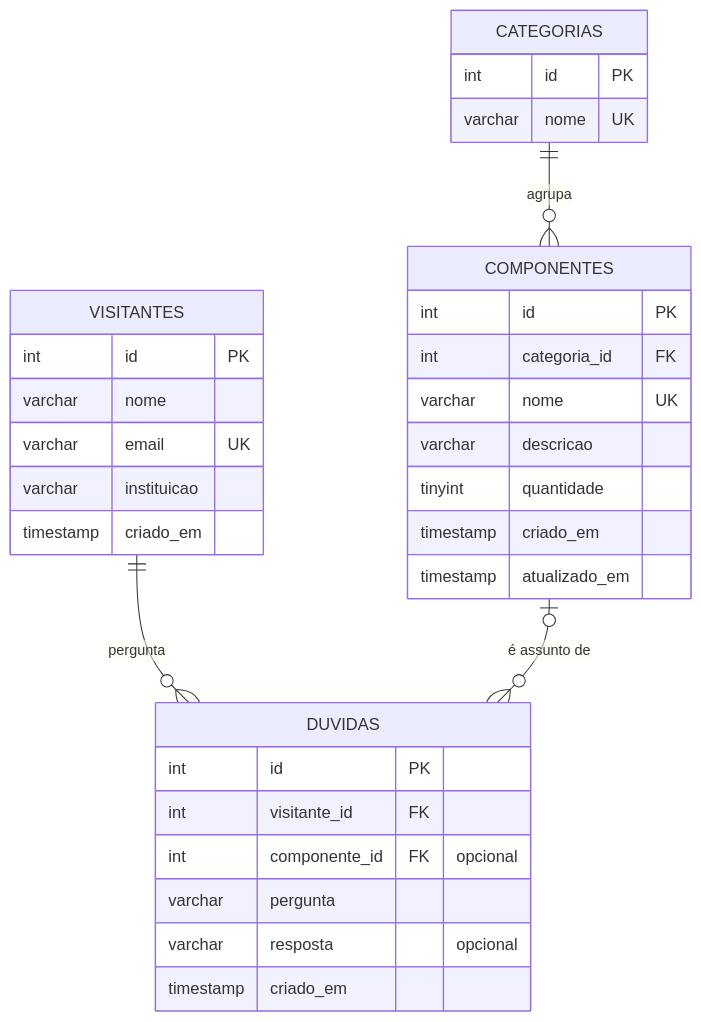
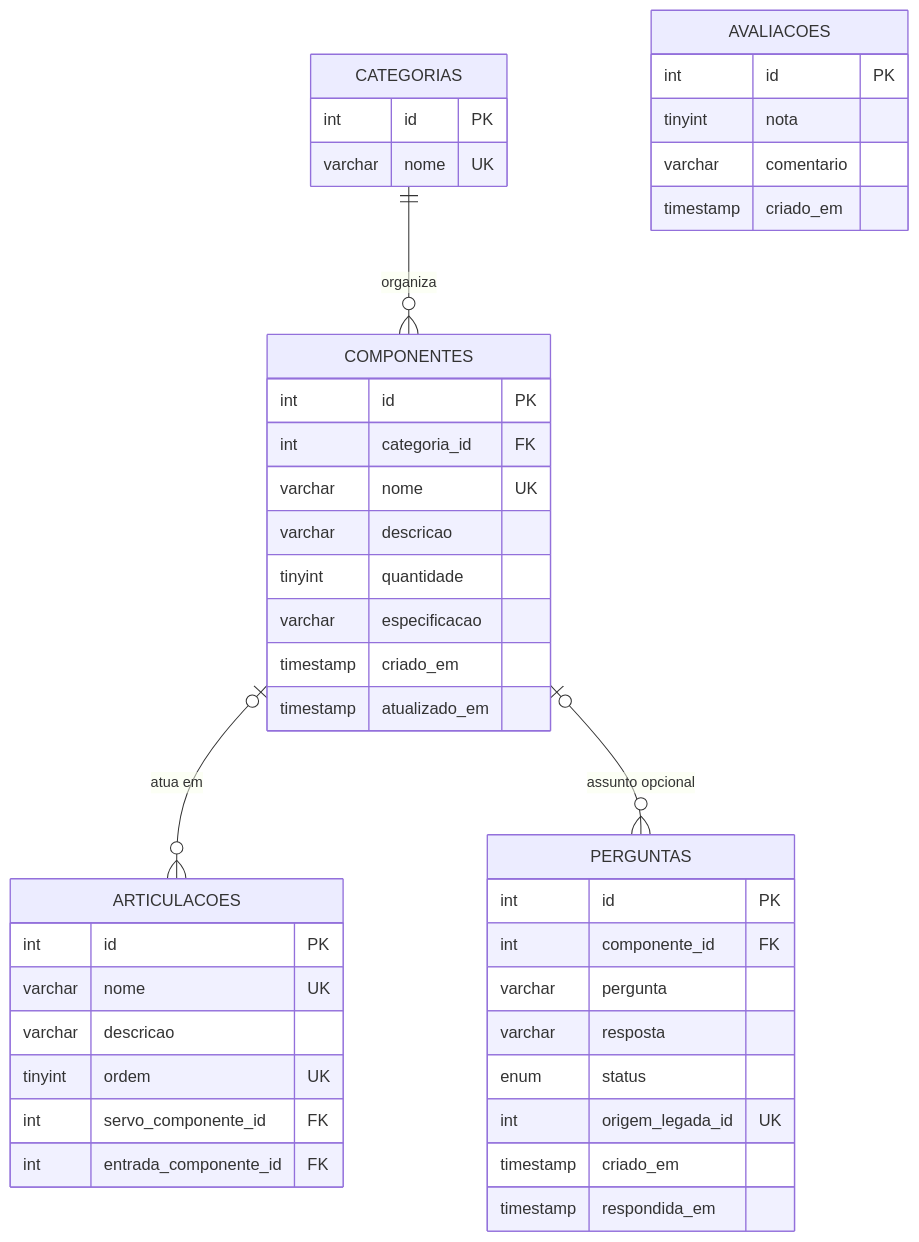
One commit to GGustavo-lac/Bra-o-robotico changed the diagram in docs/modelo-logico.md. Above: the diagram before and after it, drawn with Mermaid. The commit also changed other lines of this file and 32 other files, not shown here.

````diff
--- a/docs/modelo-logico.md
+++ b/docs/modelo-logico.md
@@ -5,35 +5,45 @@
 ```mermaid
 erDiagram
-    CATEGORIAS ||--o{ COMPONENTES : agrupa
-    VISITANTES ||--o{ DUVIDAS : pergunta
-    COMPONENTES |o--o{ DUVIDAS : "é assunto de"
+    CATEGORIAS ||--o{ COMPONENTES : organiza
+    COMPONENTES |o--o{ ARTICULACOES : "atua em"
+    COMPONENTES |o--o{ PERGUNTAS : "assunto opcional"
 
     CATEGORIAS {
-        int id PK
-        varchar nome UK
+      int id PK
+      varchar nome UK
     }
     COMPONENTES {
-        int id PK
-        int categoria_id FK
-        varchar nome UK
-        varchar descricao
-        tinyint quantidade
-        timestamp criado_em
-        timestamp atualizado_em
+      int id PK
+      int categoria_id FK
+      varchar nome UK
+      varchar descricao
+      tinyint quantidade
+      varchar especificacao
+      timestamp criado_em
+      timestamp atualizado_em
     }
-    VISITANTES {
-        int id PK
-        varchar nome
-        varchar email UK
-        varchar instituicao
-        timestamp criado_em
+    ARTICULACOES {
+      int id PK
+      varchar nome UK
+      varchar descricao
+      tinyint ordem UK
+      int servo_componente_id FK
+      int entrada_componente_id FK
     }
-    DUVIDAS {
-        int id PK
-        int visitante_id FK
-        int componente_id FK "opcional"
-        varchar pergunta
-        varchar resposta "opcional"
-        timestamp criado_em
+    PERGUNTAS {
+      int id PK
+      int componente_id FK
+      varchar pergunta
+      varchar resposta
+      enum status
+      int origem_legada_id UK
+      timestamp criado_em
+      timestamp respondida_em
+    }
+    AVALIACOES {
+      int id PK
+      tinyint nota
+      varchar comentario
+      timestamp criado_em
     }
 ```
````
